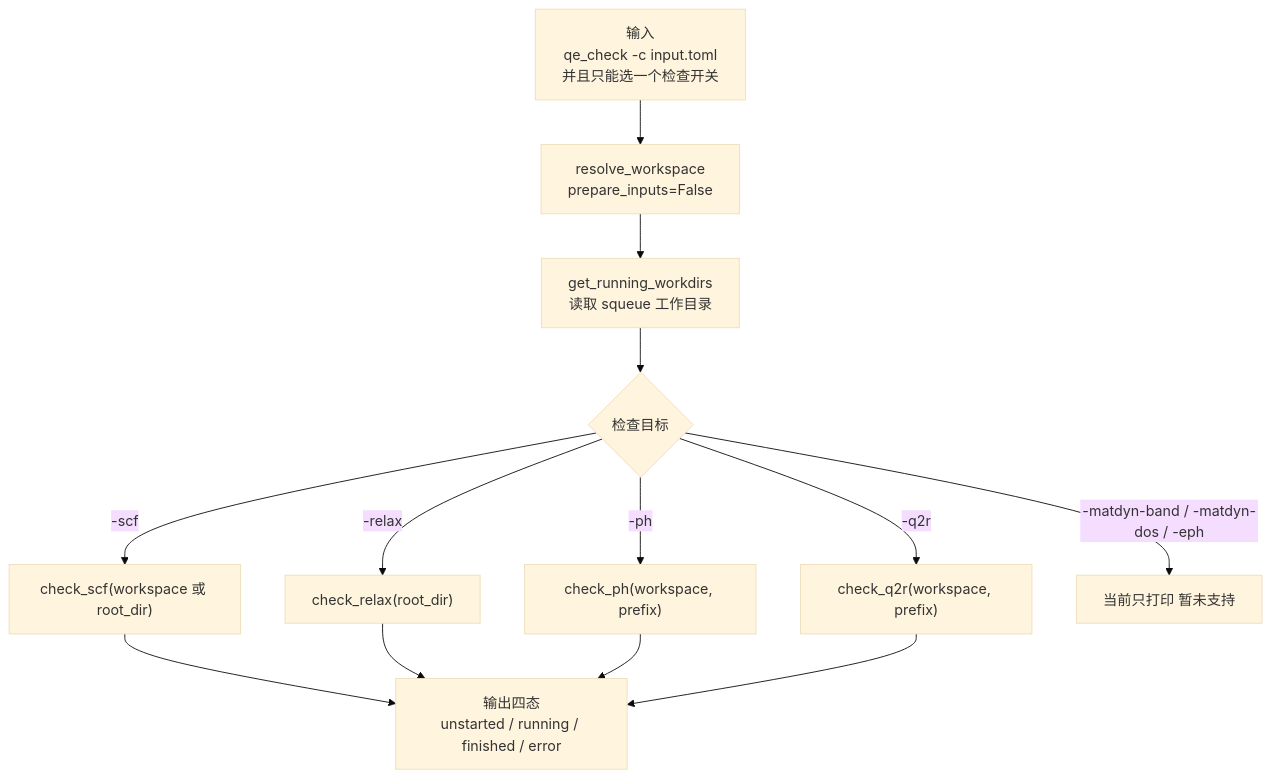
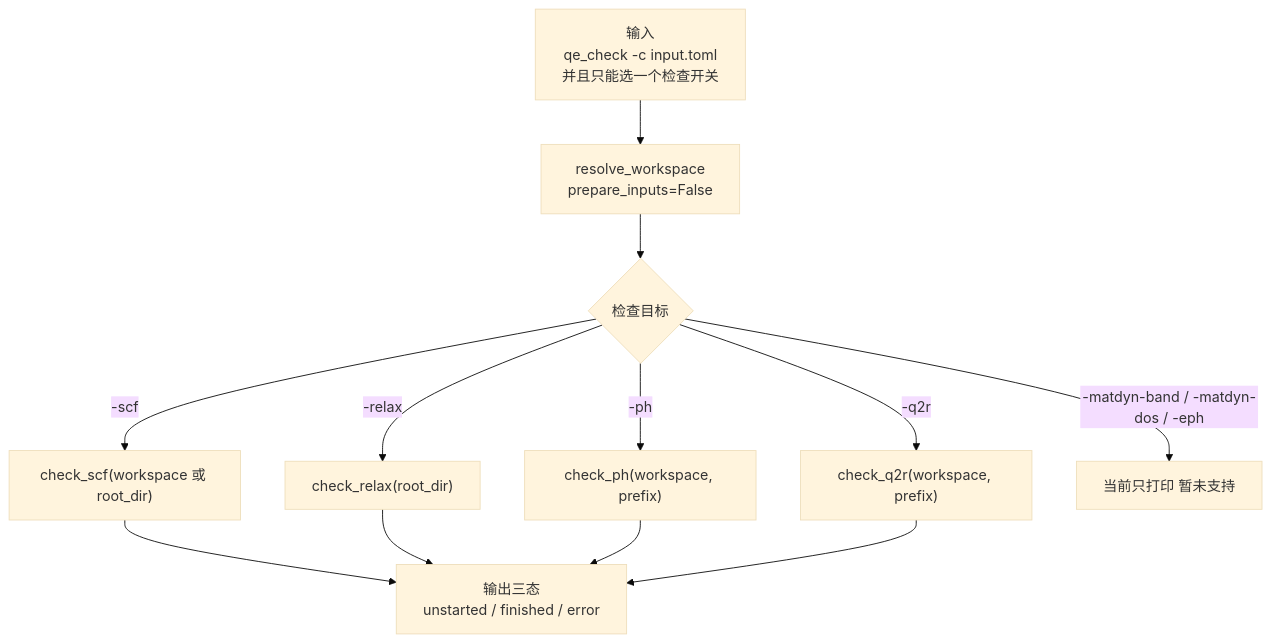
Before and after one commit to JLU-ICCMS-MaYuan/dftflow: the diagram in qeflow/qe_check/qe-check-cli-flow.mmd, drawn with Mermaid (base theme). The commit also changed 8 other files, not shown here.

```diff
--- a/qeflow/qe_check/qe-check-cli-flow.mmd
+++ b/qeflow/qe_check/qe-check-cli-flow.mmd
@@ -1,13 +1,12 @@
 flowchart TD
     A["输入<br/>qe_check -c input.toml<br/>并且只能选一个检查开关"] --> B["resolve_workspace<br/>prepare_inputs=False"]
-    B --> C["get_running_workdirs<br/>读取 squeue 工作目录"]
-    C --> D{"检查目标"}
+    B --> D{"检查目标"}
     D -->| -scf | E["check_scf(workspace 或 root_dir)"]
     D -->| -relax | F["check_relax(root_dir)"]
     D -->| -ph | G["check_ph(workspace, prefix)"]
     D -->| -q2r | H["check_q2r(workspace, prefix)"]
     D -->| -matdyn-band / -matdyn-dos / -eph | I["当前只打印 暂未支持"]
-    E --> J["输出四态<br/>unstarted / running / finished / error"]
+    E --> J["输出三态<br/>unstarted / finished / error"]
     F --> J
     G --> J
     H --> J
```
